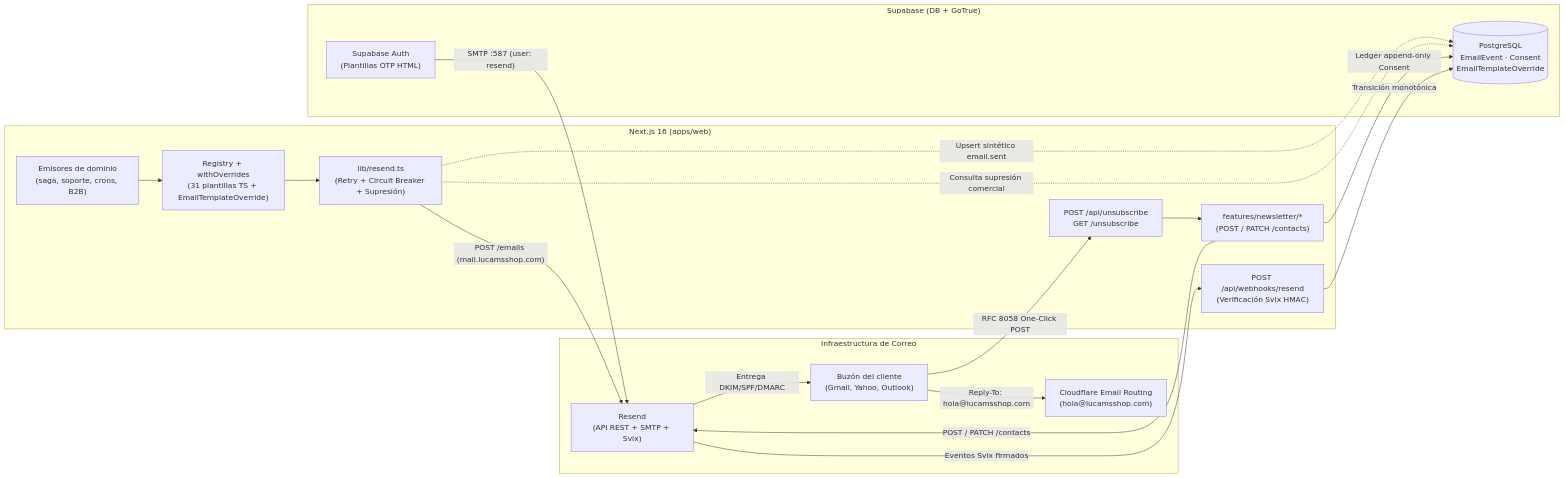
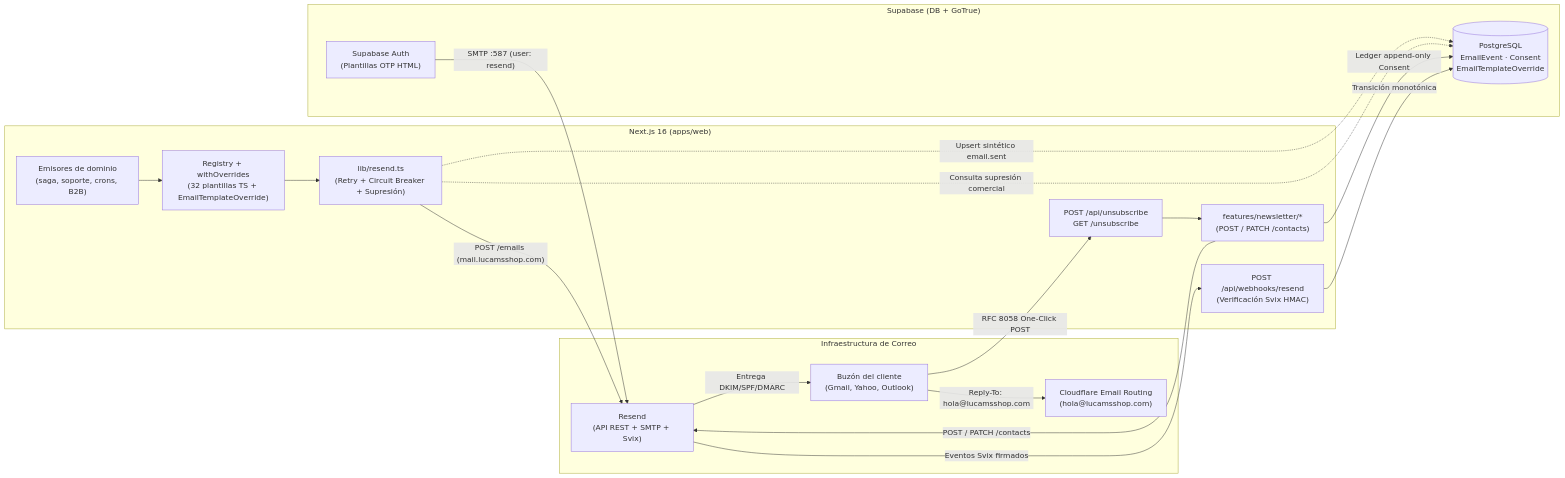
The first of 2 diagrams in docs/integrations/resend-and-emails.md (jullieth93/lucams), drawn with Mermaid before and after one commit. The commit also changed other lines of this file and 58 other files, not shown here.

````diff
--- a/docs/integrations/resend-and-emails.md
+++ b/docs/integrations/resend-and-emails.md
@@ -15,36 +15,36 @@
 ```mermaid
 flowchart LR
   subgraph App["Next.js 16 (apps/web)"]
     Senders["Emisores de dominio\n(saga, soporte, crons, B2B)"]
-    Registry["Registry + withOverrides\n(31 plantillas TS + EmailTemplateOverride)"]
+    Registry["Registry + withOverrides\n(32 plantillas TS + EmailTemplateOverride)"]
     Client["lib/resend.ts\n(Retry + Circuit Breaker + Supresión)"]
     Contacts["features/newsletter/*\n(POST / PATCH /contacts)"]
     Webhook["POST /api/webhooks/resend\n(Verificación Svix HMAC)"]
     Unsub["POST /api/unsubscribe\nGET /unsubscribe"]
   end
 
   subgraph Supabase["Supabase (DB + GoTrue)"]
     GoTrue["Supabase Auth\n(Plantillas OTP HTML)"]
     DB[("PostgreSQL\nEmailEvent · Consent\nEmailTemplateOverride")]
   end
 
   subgraph External["Infraestructura de Correo"]
     Resend["Resend\n(API REST + SMTP + Svix)"]
     CF["Cloudflare Email Routing\n(hola@lucamsshop.com)"]
     Inbox["Buzón del cliente\n(Gmail, Yahoo, Outlook)"]
   end
 
   Senders --> Registry --> Client
   Client -->|"POST /emails (mail.lucamsshop.com)"| Resend
   Client -.->|"Upsert sintético email.sent"| DB
   Client -.->|"Consulta supresión comercial"| DB
   Contacts -->|"POST / PATCH /contacts"| Resend
   Contacts -->|"Ledger append-only Consent"| DB
   GoTrue -->|"SMTP :587 (user: resend)"| Resend
   Resend -->|"Entrega DKIM/SPF/DMARC"| Inbox
   Resend -->|"Eventos Svix firmados"| Webhook
   Webhook -->|"Transición monotónica"| DB
   Inbox -->|"Reply-To: hola@lucamsshop.com"| CF
   Inbox -->|"RFC 8058 One-Click POST"| Unsub
   Unsub --> Contacts
 ```
````
